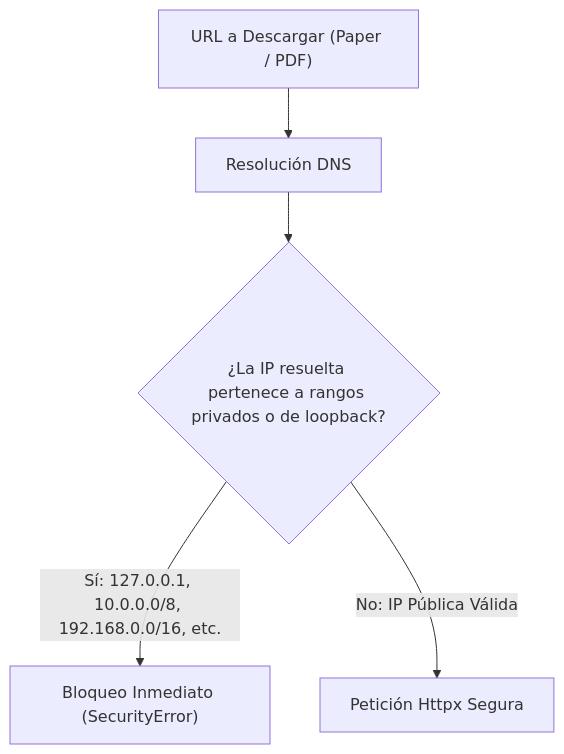
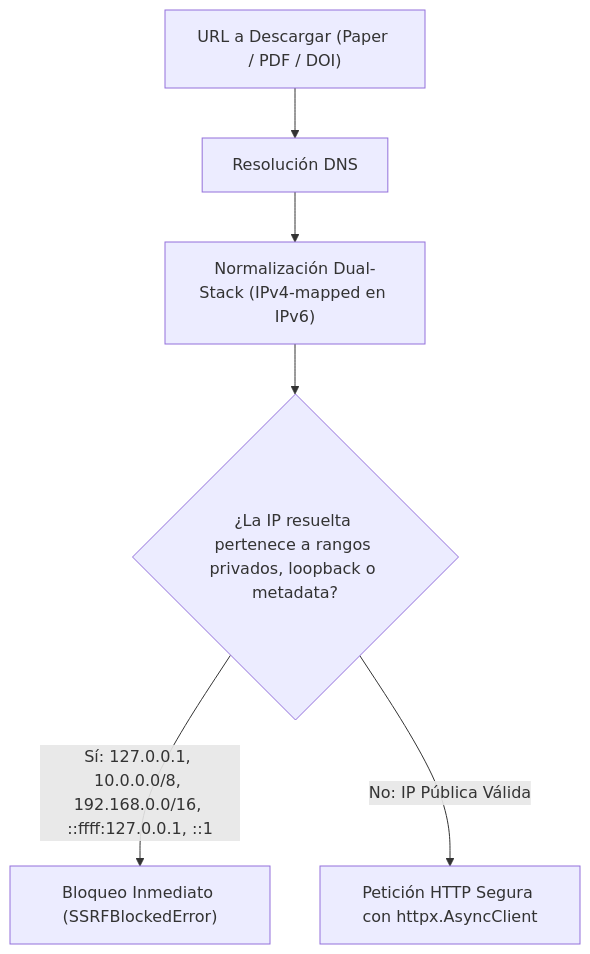
The diagram in docs/architecture/security.md (oscarbol09/thesisforge), drawn with Mermaid before and after one commit. The commit also changed other lines of this file and 3 other files, not shown here.

First line of the commit message:
docs: enrich architecture security, methodology, RAG and native contributing guides

````diff
--- a/docs/architecture/security.md
+++ b/docs/architecture/security.md
@@ -11,7 +11,8 @@
 ```mermaid
 graph TD
-    URL["URL a Descargar (Paper / PDF)"] --> DNS["Resolución DNS"]
-    DNS --> CHECK{"¿La IP resuelta pertenece a rangos privados o de loopback?"}
-    CHECK -->|Sí: 127.0.0.1, 10.0.0.0/8, 192.168.0.0/16, etc.| BLOCK["Bloqueo Inmediato (SecurityError)"]
-    CHECK -->|No: IP Pública Válida| FETCH["Petición Httpx Segura"]
+    URL["URL a Descargar (Paper / PDF / DOI)"] --> DNS["Resolución DNS"]
+    DNS --> NORM["Normalización Dual-Stack (IPv4-mapped en IPv6)"]
+    NORM --> CHECK{"¿La IP resuelta pertenece a rangos privados, loopback o metadata?"}
+    CHECK -->|Sí: 127.0.0.1, 10.0.0.0/8, 192.168.0.0/16, ::ffff:127.0.0.1, ::1| BLOCK["Bloqueo Inmediato (SSRFBlockedError)"]
+    CHECK -->|No: IP Pública Válida| FETCH["Petición HTTP Segura con httpx.AsyncClient"]
 ```
````
